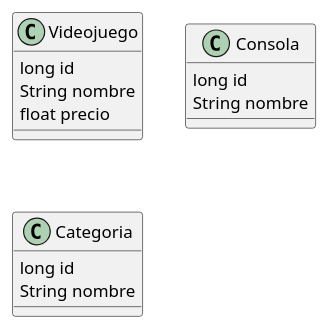
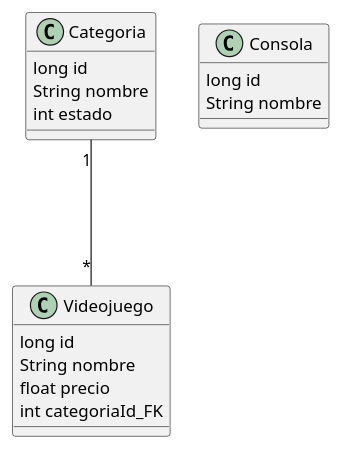
Before and after one commit to ulima-pw/catalogo-nodejs-express: the diagram in diagrama.puml, drawn with PlantUML. The commit also changed 3 other files, not shown here.

```diff
--- a/diagrama.puml
+++ b/diagrama.puml
@@ -1,15 +1,19 @@
 @startuml catalogo
 class Videojuego {
     long id
     String nombre
     float precio
+    int categoriaId_FK
 }
 class Consola {
     long id
     String nombre
 }
 class Categoria {
     long id
     String nombre
+    int estado
 }
+
+Categoria "1" --- "*" Videojuego
 @enduml
```
